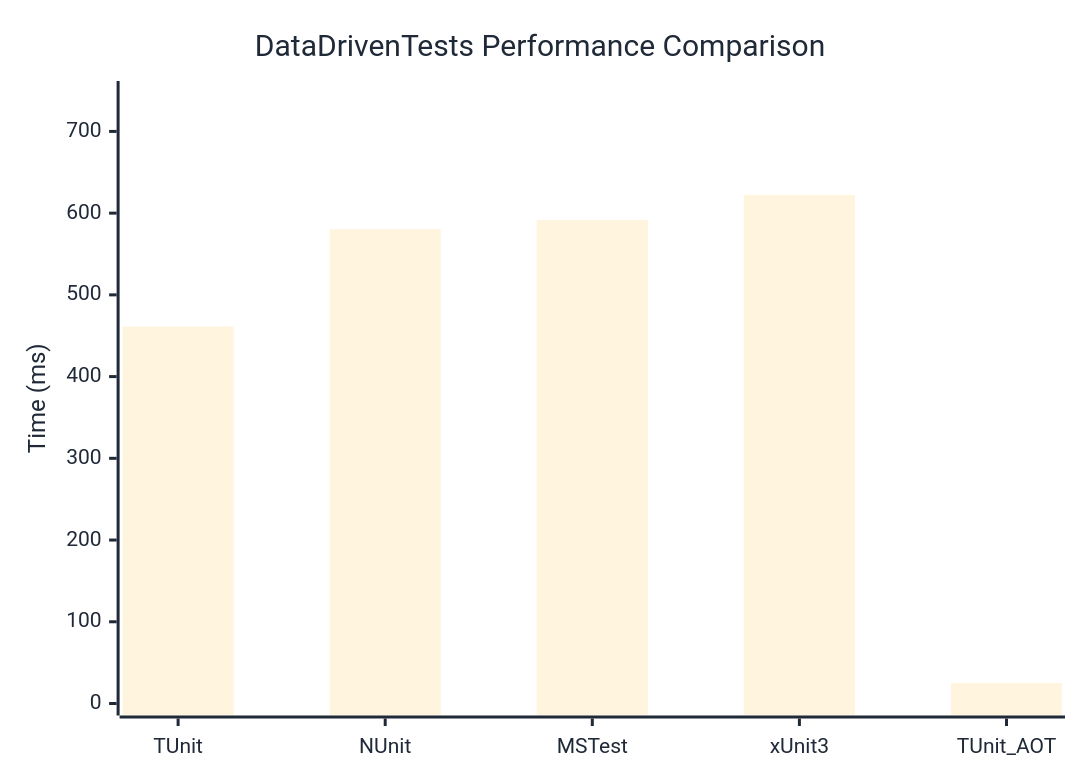
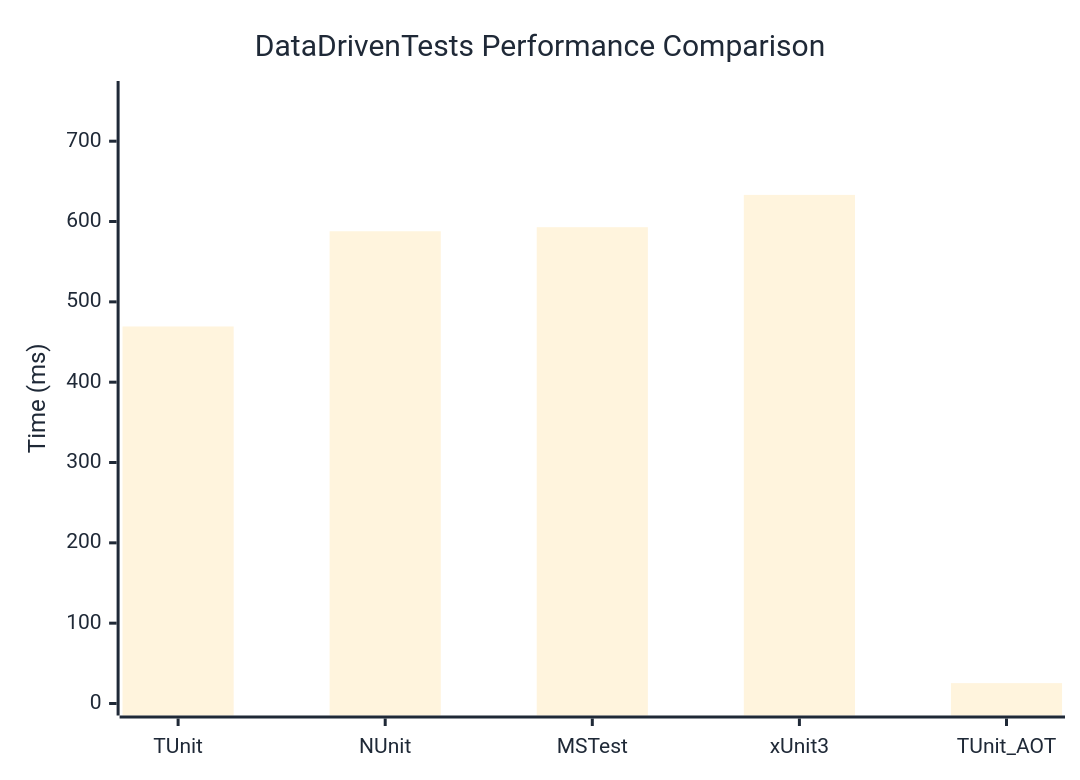
Before and after one commit to thomhurst/TUnit: the diagram in docs/docs/benchmarks/DataDrivenTests.md, drawn with Mermaid. The commit also changed other lines of this file and 17 other files, not shown here.

````diff
--- a/docs/docs/benchmarks/DataDrivenTests.md
+++ b/docs/docs/benchmarks/DataDrivenTests.md
@@ -27,37 +27,37 @@
 ```mermaid
 %%{init: {
   'theme':'base',
   'themeVariables': {
     'primaryColor': '#2563eb',
     'primaryTextColor': '#1f2937',
     'primaryBorderColor': '#1e40af',
     'lineColor': '#6b7280',
     'secondaryColor': '#7c3aed',
     'tertiaryColor': '#dc2626',
     'background': '#ffffff',
     'mainBkg': '#2563eb',
     'secondBkg': '#7c3aed',
     'tertiaryBkg': '#dc2626',
     'clusterBkg': '#f3f4f6',
     'edgeLabelBackground': '#ffffff',
     'tertiaryTextColor': '#1f2937',
     'pie1': '#2563eb',
     'pie2': '#7c3aed',
     'pie3': '#dc2626',
     'pie4': '#f59e0b',
     'pie5': '#10b981',
     'pie6': '#06b6d4',
     'pie7': '#ec4899',
     'pie8': '#6366f1',
     'pie9': '#84cc16',
     'pie10': '#f97316',
     'pie11': '#14b8a6',
     'pie12': '#a855f7'
   }
 }}%%
 xychart-beta
   title "DataDrivenTests Performance Comparison"
   x-axis ["TUnit", "NUnit", "MSTest", "xUnit3", "TUnit_AOT"]
-  y-axis "Time (ms)" 0 --> 747
-  bar [461.16, 580.4, 591.58, 622.3, 25.03]
+  y-axis "Time (ms)" 0 --> 760
+  bar [469.34, 587.89, 592.94, 633.13, 25.35]
 ```
````
